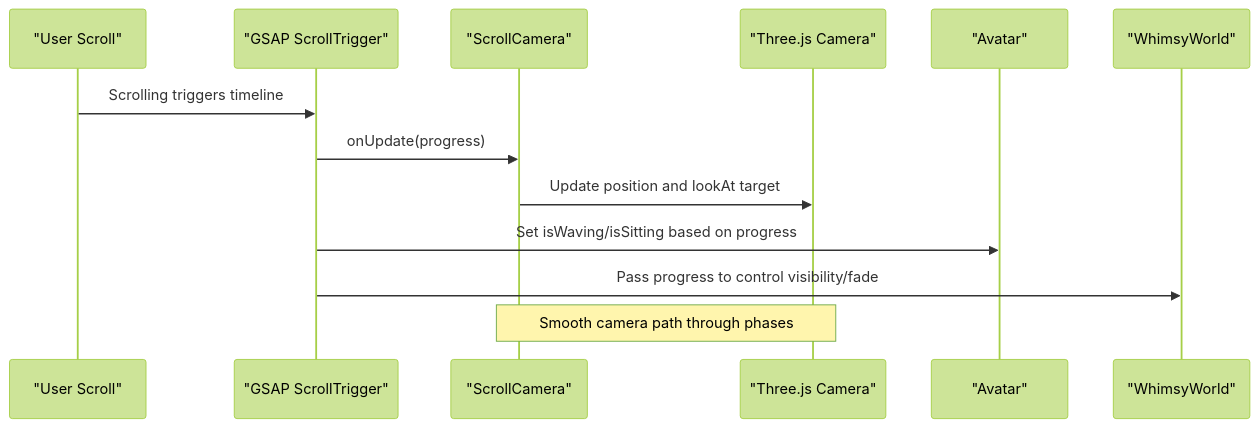
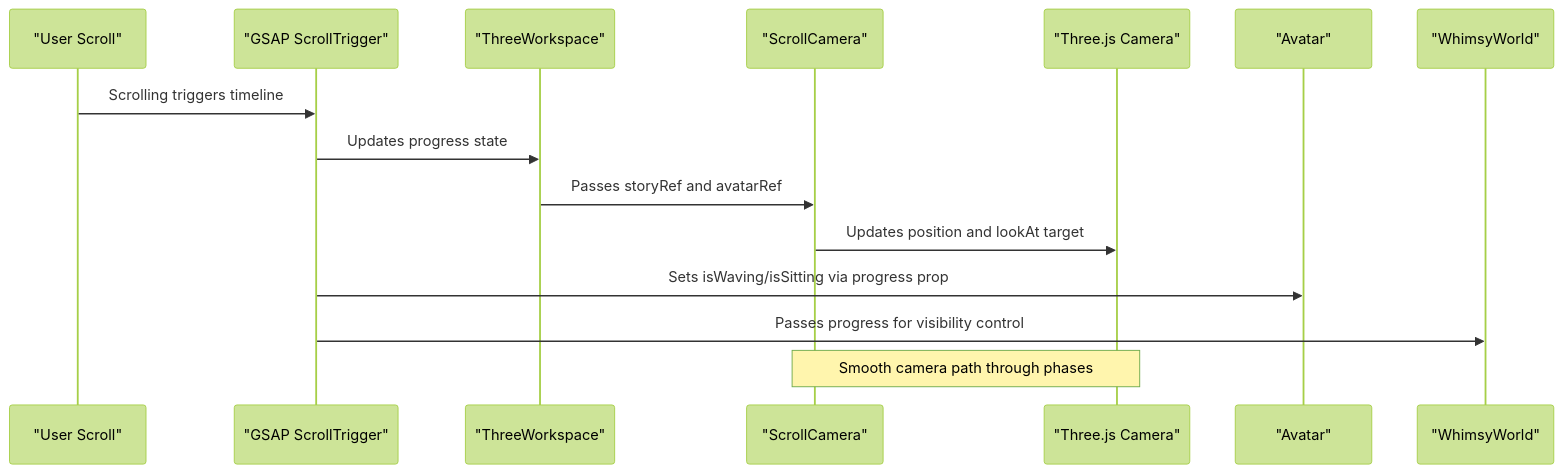
Before and after one commit to emaanfatima312005-wq/emaan-portfolio: the second of 5 diagrams in .qoder/repowiki/en/content/Architecture Overview/3D Scene Organization.md, drawn with Mermaid (forest theme). The commit also changed other lines of this file and 59 other files, not shown here.

````diff
--- a/.qoder/repowiki/en/content/Architecture Overview/3D Scene Organization.md
+++ b/.qoder/repowiki/en/content/Architecture Overview/3D Scene Organization.md
@@ -82,15 +98,17 @@
 ```mermaid
 sequenceDiagram
 participant User as "User Scroll"
 participant GSAP as "GSAP ScrollTrigger"
+participant TW as "ThreeWorkspace"
 participant SC as "ScrollCamera"
 participant Cam as "Three.js Camera"
-participant Av as "Avatar"
+participant AV as "Avatar"
 participant WW as "WhimsyWorld"
 User->>GSAP : Scrolling triggers timeline
-GSAP->>SC : onUpdate(progress)
-SC->>Cam : Update position and lookAt target
-GSAP->>Av : Set isWaving/isSitting based on progress
-GSAP->>WW : Pass progress to control visibility/fade
+GSAP->>TW : Updates progress state
+TW->>SC : Passes storyRef and avatarRef
+SC->>Cam : Updates position and lookAt target
+GSAP->>AV : Sets isWaving/isSitting via progress prop
+GSAP->>WW : Passes progress for visibility control
 Note over SC,Cam : Smooth camera path through phases
 ```
````
